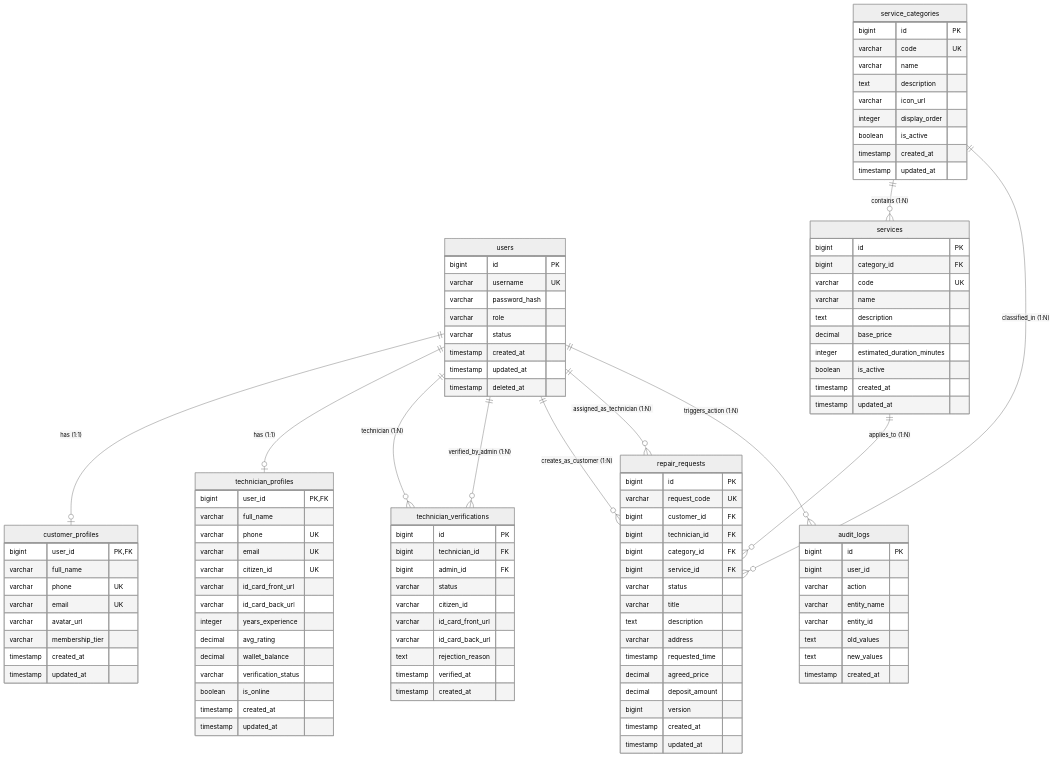
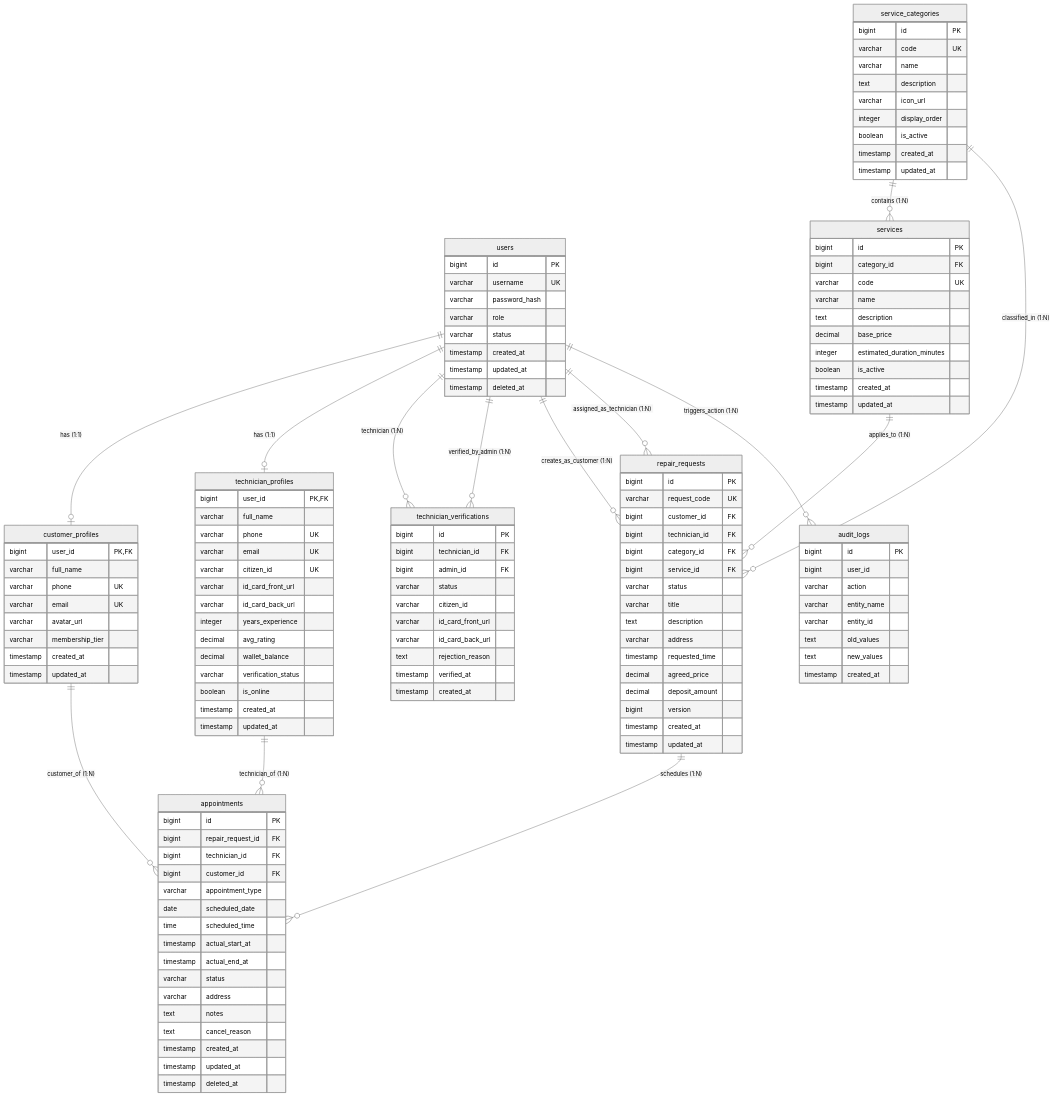
The diagram in docs/database-design-erd.md (FixLink-Project/Fixlink), drawn with Mermaid (neutral theme) before and after one commit. The commit also changed other lines of this file and 94 other files, not shown here.

````diff
--- a/docs/database-design-erd.md
+++ b/docs/database-design-erd.md
@@ -297,6 +334,9 @@
     users ||--o{ repair_requests : "creates_as_customer (1:N)"
     users ||--o{ repair_requests : "assigned_as_technician (1:N)"
     users ||--o{ audit_logs : "triggers_action (1:N)"
+    repair_requests ||--o{ appointments : "schedules (1:N)"
+    customer_profiles ||--o{ appointments : "customer_of (1:N)"
+    technician_profiles ||--o{ appointments : "technician_of (1:N)"
 
     service_categories ||--o{ services : "contains (1:N)"
     service_categories ||--o{ repair_requests : "classified_in (1:N)"
@@ -408,4 +448,23 @@
         text new_values
         timestamp created_at
     }
+
+    appointments {
+        bigint id PK
+        bigint repair_request_id FK
+        bigint technician_id FK
+        bigint customer_id FK
+        varchar appointment_type
+        date scheduled_date
+        time scheduled_time
+        timestamp actual_start_at
+        timestamp actual_end_at
+        varchar status
+        varchar address
+        text notes
+        text cancel_reason
+        timestamp created_at
+        timestamp updated_at
+        timestamp deleted_at
+    }
 ```
````
